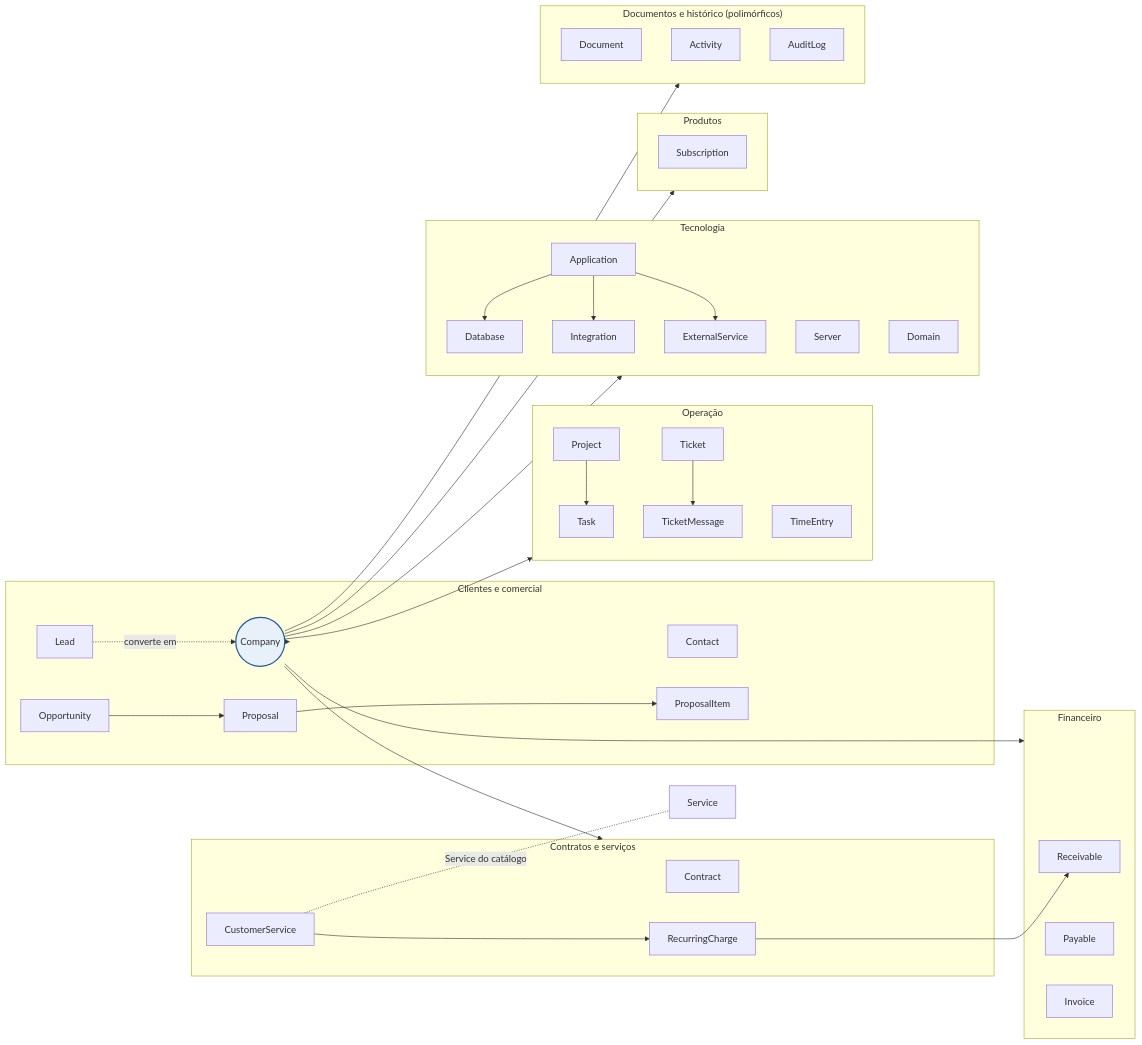
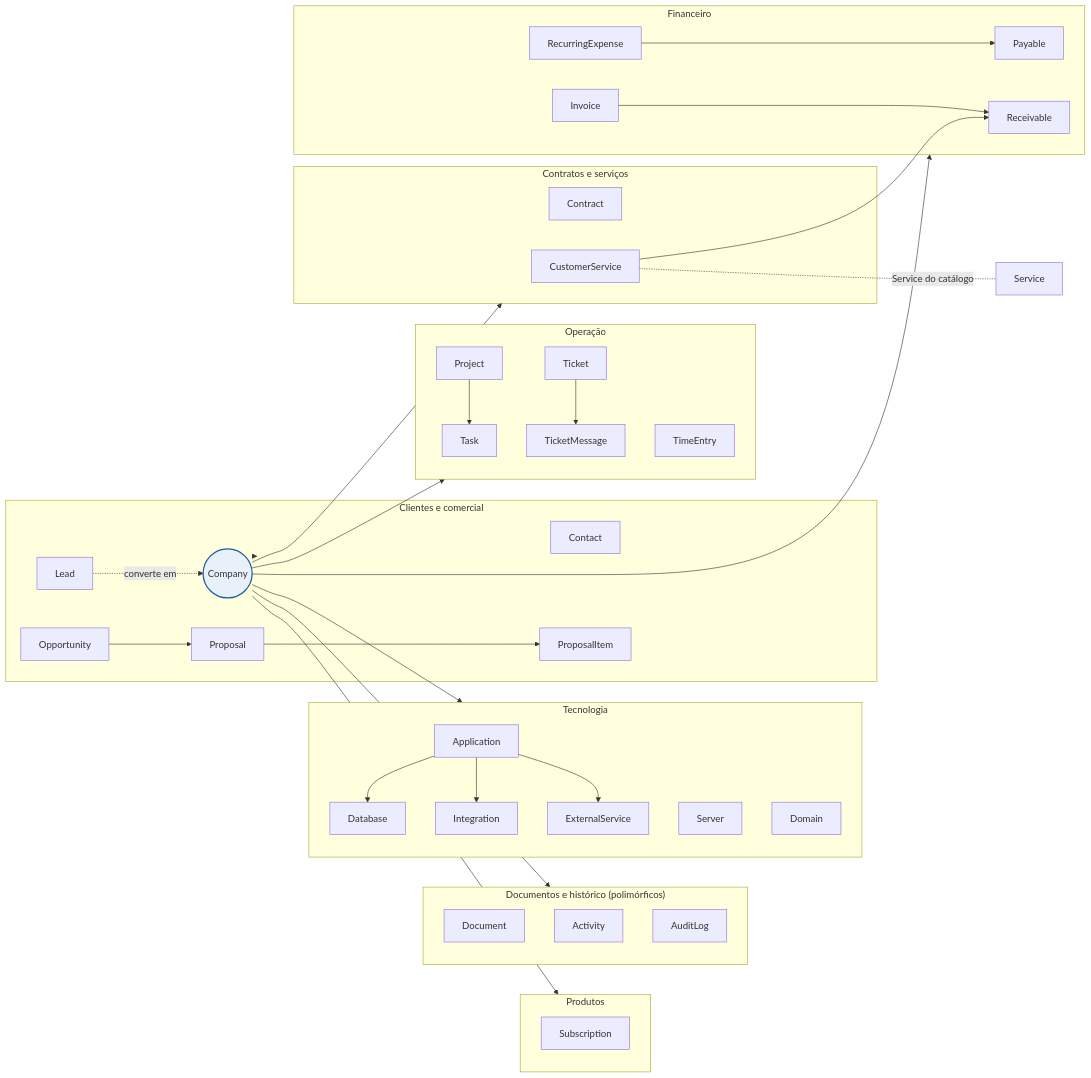
The diagram in docs/specs/admin-devbatista-mvp/06-modelo-de-dados.md (devbatista/devbatista_app), drawn with Mermaid before and after one commit. The commit also changed other lines of this file and 92 other files, not shown here.

````diff
--- a/docs/specs/admin-devbatista-mvp/06-modelo-de-dados.md
+++ b/docs/specs/admin-devbatista-mvp/06-modelo-de-dados.md
@@ -7,48 +7,49 @@
 ```mermaid
 flowchart LR
   subgraph CC["Clientes e comercial"]
     Contact
     Lead -. converte em .-> Company
     Opportunity --> Proposal --> ProposalItem
   end
   subgraph CS["Contratos e serviços"]
     Contract
-    CustomerService --> RecurringCharge
+    CustomerService
   end
   subgraph OP["Operação"]
     Project --> Task
     TimeEntry
     Ticket --> TicketMessage
   end
   subgraph FI["Financeiro"]
     Receivable
     Payable
-    Invoice
+    RecurringExpense --> Payable
+    Invoice --> Receivable
   end
   subgraph TE["Tecnologia"]
     Application --> Database
     Application --> Integration
     Application --> ExternalService
     Server
     Domain
   end
   subgraph PR["Produtos"]
     Subscription
   end
   subgraph DH["Documentos e histórico (polimórficos)"]
     Document
     Activity
     AuditLog
   end
   Company((Company)) --> CC
   Company --> CS
   Company --> OP
   Company --> FI
   Company --> TE
   Company --> DH
   Company --> PR
-  RecurringCharge --> Receivable
+  CustomerService --> Receivable
   CustomerService -. Service do catálogo .- Service
   classDef key fill:#E8F0F9,stroke:#1D5A9E,stroke-width:2px
   class Company key
 ```
````
